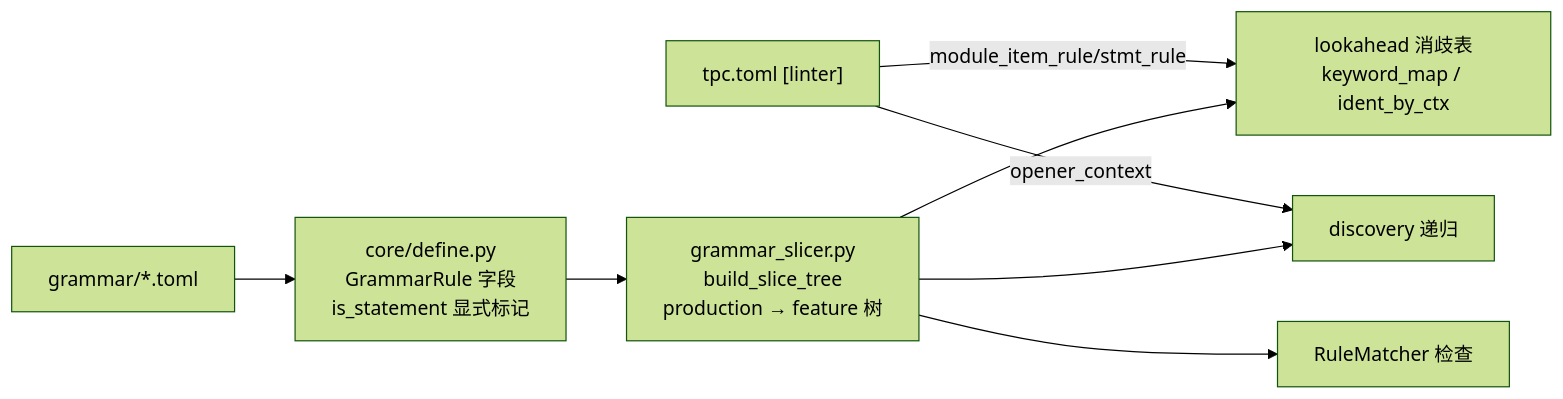
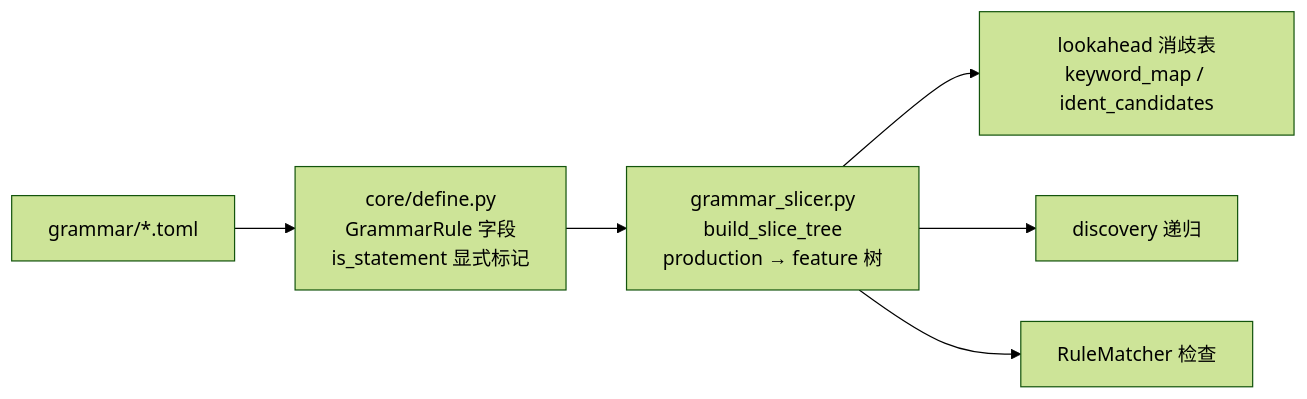
Before and after one commit to DogStraight/trans-paradigm-compiler: the fourth of 5 diagrams in docs/linter_architecture.md, drawn with Mermaid (forest theme). The commit also changed other lines of this file and 3 other files, not shown here.

````diff
--- a/docs/linter_architecture.md
+++ b/docs/linter_architecture.md
@@ -182,10 +182,8 @@
 ```mermaid
 flowchart LR
     A["grammar/*.toml"] --> B["core/define.py<br/>GrammarRule 字段<br/>is_statement 显式标记"]
     B --> C[grammar_slicer.py<br/>build_slice_tree<br/>production → feature 树]
-    C --> D["lookahead 消歧表<br/>keyword_map / ident_by_ctx"]
+    C --> D["lookahead 消歧表<br/>keyword_map / ident_candidates"]
     C --> E[discovery 递归]
     C --> F[RuleMatcher 检查]
-    G["tpc.toml [linter]"] -->|opener_context| E
-    G -->|module_item_rule/stmt_rule| D
 ```
````
